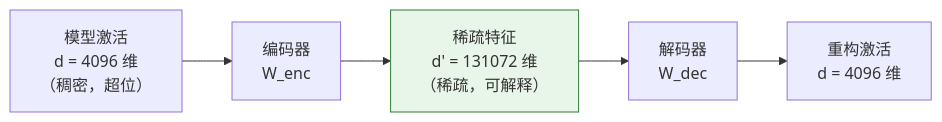
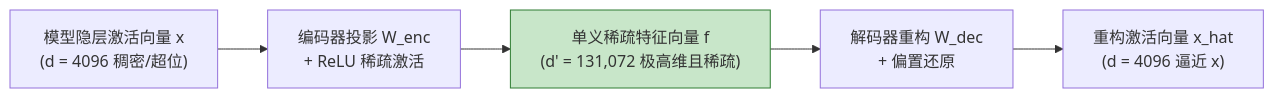
Before and after one commit to yingwang/thinking-in-llm: the third of 8 diagrams in chapters/13-interpretability.md, drawn with Mermaid. The commit also changed other lines of this file and 31 other files, not shown here.

````diff
--- a/chapters/13-interpretability.md
+++ b/chapters/13-interpretability.md
@@ -154,9 +106,9 @@
 ```mermaid
-graph LR
-    A["模型激活<br/>d = 4096 维<br/>（稠密，超位）"] --> B["编码器<br/>W_enc"]
-    B --> C["稀疏特征<br/>d' = 131072 维<br/>（稀疏，可解释）"]
-    C --> D["解码器<br/>W_dec"]
-    D --> E["重构激活<br/>d = 4096 维"]
+flowchart LR
+    X["模型隐层激活向量 x<br/>(d = 4096 稠密/超位)"] --> Enc["编码器投影 W_enc<br/>+ ReLU 稀疏激活"]
+    Enc --> Z["单义稀疏特征向量 f<br/>(d' = 131,072 极高维且稀疏)"]
+    Z --> Dec["解码器重构 W_dec<br/>+ 偏置还原"]
+    Dec --> X_hat["重构激活向量 x_hat<br/>(d = 4096 逼近 x)"]
     
-    style C fill:#e8f5e9,stroke:#2e7d32
+    style Z fill:#c8e6c9,stroke:#2e7d32
 ```
````
